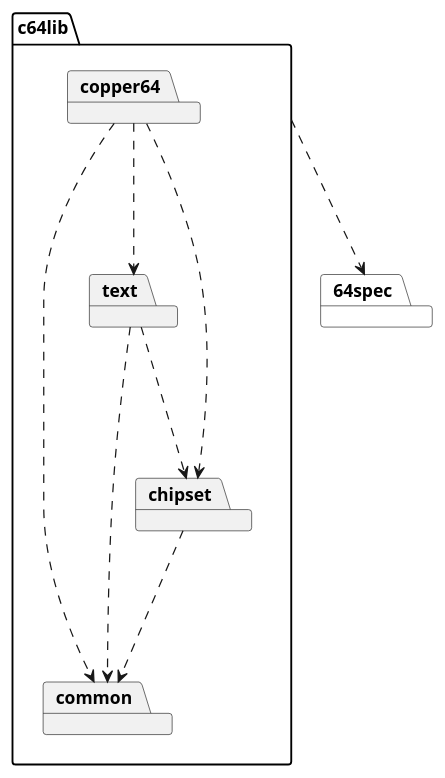
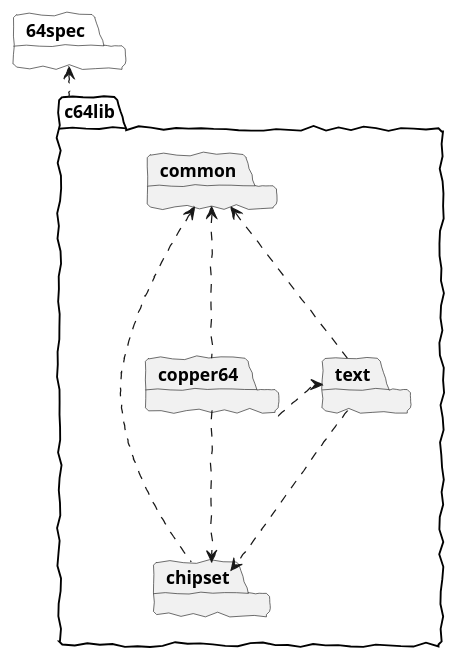
The diagram in _overview.adoc (c64lib/c64lib.github.io), drawn with PlantUML before and after one commit.

Commit message:
Update diagram

```diff
--- a/_overview.adoc
+++ b/_overview.adoc
@@ -13,18 +13,21 @@
 [plantuml, library-dependencies, png]
 ....
+skinparam handwritten true
+top to bottom direction
+
 Package #white 64spec
 Package c64lib {
     Package common
     Package chipset
     Package text
     Package copper64
 }
 
-c64lib ...> 64spec
-chipset ...> common
-text ...> common
+c64lib .up.> 64spec
+chipset .left..> common
+text .up..> common
 text ...> chipset
-copper64 ...> common
-copper64 ...> chipset
-copper64 ...> text
+copper64 .up..> common
+copper64 .right..> chipset
+copper64 .right..> text
 ....
```
